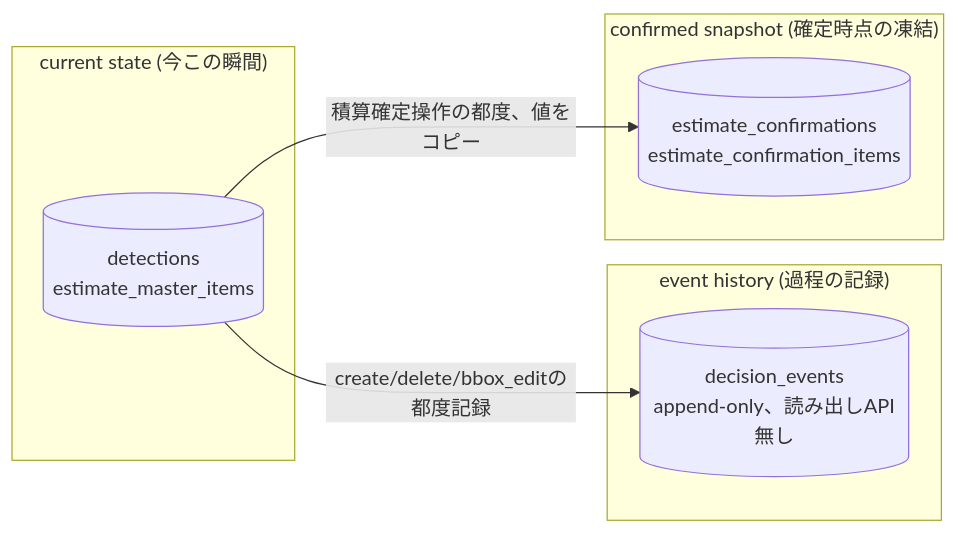
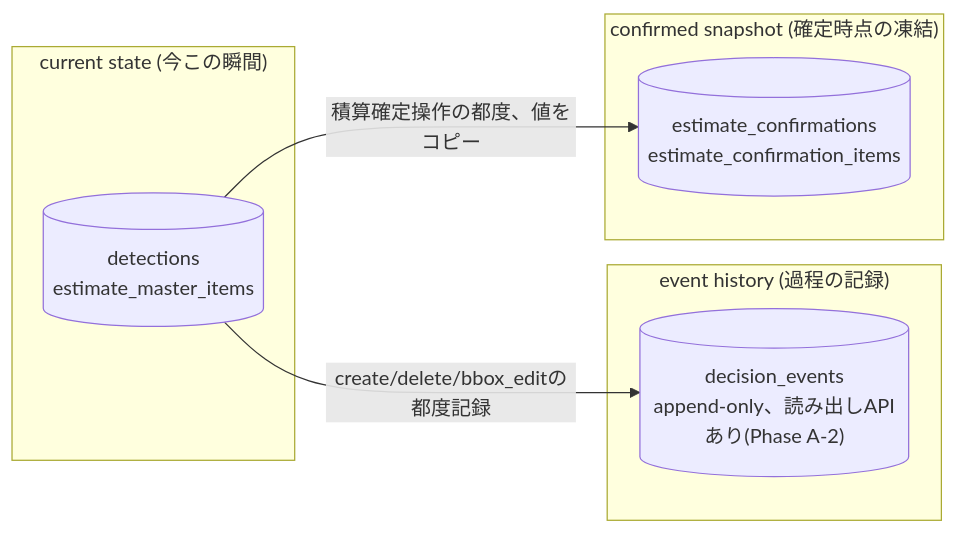
Diagram 11 of 11 in docs/architecture.md (bs-shashimoto2048/SekisanNavi), drawn with Mermaid before and after one commit. The commit also changed other lines of this file and 15 other files, not shown here.

````diff
--- a/docs/architecture.md
+++ b/docs/architecture.md
@@ -822,15 +828,15 @@
 ```mermaid
 flowchart LR
     subgraph Current["current state (今この瞬間)"]
         Detections[("detections<br/>estimate_master_items")]
     end
     subgraph History["event history (過程の記録)"]
-        Events[("decision_events<br/>append-only、読み出しAPI無し")]
+        Events[("decision_events<br/>append-only、読み出しAPIあり(Phase A-2)")]
     end
     subgraph Snapshot["confirmed snapshot (確定時点の凍結)"]
         Confirmations[("estimate_confirmations<br/>estimate_confirmation_items")]
     end
 
     Detections -- "create/delete/bbox_editの都度記録" --> Events
     Detections -- "積算確定操作の都度、値をコピー" --> Confirmations
 ```
````
